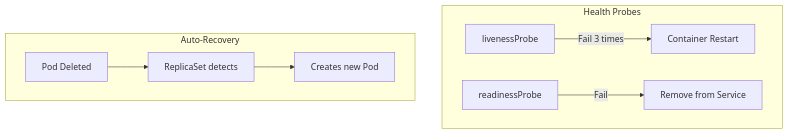
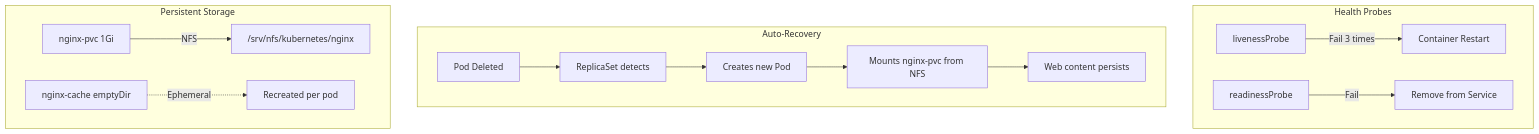
Before and after one commit to Electrov201/Kubernetes_Cdac_Project: the ninth of 13 diagrams in docs/Project_Explanation.md, drawn with Mermaid. The commit also changed other lines of this file and 4 other files, not shown here.

Commit message:
fix: connect nginx deployment to NFS persistent storage (nginx-pvc) - Changed nginx-html volume from emptyDir to persistentVolumeClaim - Updated all docs: README, Project_Explanation, Interview QA, Project Document

````diff
--- a/docs/Project_Explanation.md
+++ b/docs/Project_Explanation.md
@@ -637,12 +637,19 @@
 ```mermaid
 flowchart TD
     subgraph "Health Probes"
         A[livenessProbe] -->|Fail 3 times| B[Container Restart]
         C[readinessProbe] -->|Fail| D[Remove from Service]
     end
     
     subgraph "Auto-Recovery"
         E[Pod Deleted] --> F[ReplicaSet detects]
         F --> G[Creates new Pod]
+        G --> H[Mounts nginx-pvc from NFS]
+        H --> I[Web content persists]
+    end
+
+    subgraph "Persistent Storage"
+        J[nginx-pvc 1Gi] -->|NFS| K["/srv/nfs/kubernetes/nginx"]
+        L["nginx-cache emptyDir"] -.->|Ephemeral| M["Recreated per pod"]
     end
 ```
````
